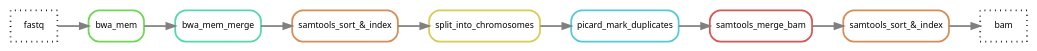
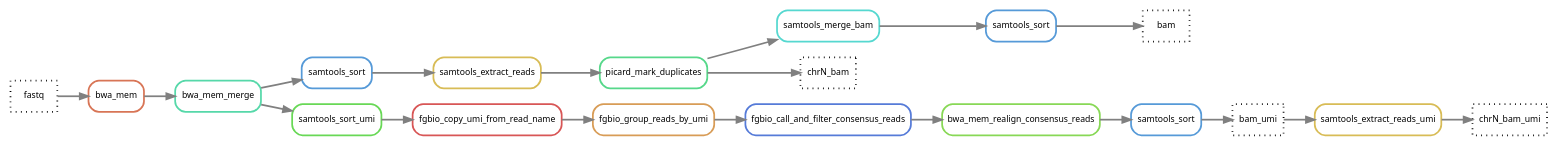
The diagram in docs/images/alignment.dna.dot (hydra-genetics/alignment), drawn with Graphviz before and after one commit. The commit also changed 2 other files, not shown here.

Commit message:
fix: fgbio should start from merge bam files instead of PicardMarkDup file

```diff
--- a/docs/images/alignment.dna.dot
+++ b/docs/images/alignment.dna.dot
@@ -1,23 +1,43 @@
 digraph snakemake_dag {
 	rankdir=LR;
     graph[bgcolor=white, margin=0];
     node[shape=box, style=rounded, fontname=sans,                 fontsize=10, penwidth=2];
     edge[penwidth=2, color=grey];
 	0[label = "fastq", color = "0.0 0.0 0.0", style="dotted"];
-	1[label = "samtools_sort_&_index", color = "0.07 0.6 0.85", style="rounded"];
-	11[label = "samtools_sort_&_index", color = "0.07 0.6 0.85", style="rounded"];
-	2[label = "samtools_merge_bam", color = "0.00 0.6 0.85", style="rounded"];
-	3[label = "picard_mark_duplicates", color = "0.52 0.6 0.85", style="rounded"];
-	4[label = "split_into_chromosomes", color = "0.15 0.6 0.85", style="rounded"];
+	40[label = "samtools_sort", color = "0.58 0.6 0.85", style="rounded"];
+	41[label = "samtools_sort", color = "0.58 0.6 0.85", style="rounded"];
+	42[label = "samtools_sort", color = "0.58 0.6 0.85", style="rounded"];
+	2[label = "samtools_merge_bam", color = "0.49 0.6 0.85", style="rounded"];
+	3[label = "picard_mark_duplicates", color = "0.40 0.6 0.85", style="rounded"];
+	4[label = "samtools_extract_reads", color = "0.13 0.6 0.85", style="rounded"];
+	51[label = "samtools_extract_reads_umi", color = "0.13 0.6 0.85", style="rounded"];
 	5[label = "bwa_mem_merge", color = "0.44 0.6 0.85", style="rounded"];
-	6[label = "bwa_mem", color = "0.30 0.6 0.85", style="rounded"];
+	6[label = "bwa_mem", color = "0.04 0.6 0.85", style="rounded"];
+	8[label = "bwa_mem_realign_consensus_reads", color = "0.27 0.6 0.85", style="rounded"];
+	9[label = "fgbio_call_and_filter_consensus_reads", color = "0.62 0.6 0.85", style="rounded"];
+	10[label = "fgbio_group_reads_by_umi", color = "0.09 0.6 0.85", style="rounded"];
+	11[label = "fgbio_copy_umi_from_read_name", color = "0.00 0.6 0.85", style="rounded"];
+	12[label = "samtools_sort_umi", color = "0.31 0.6 0.85", style="rounded"];
 	20[label = "bam", color = "0.0 0.0 0.0", style="dotted"];
+	21[label = "bam_umi", color = "0.0 0.0 0.0", style="dotted"];
+	30[label = "chrN_bam", color = "0.0 0.0 0.0", style="dotted"];
+	31[label = "chrN_bam_umi", color = "0.0 0.0 0.0", style="dotted"];
 	0 -> 6
-	2 -> 11
-	5 -> 1
+	40 -> 20
+	2 -> 40
+	8 -> 42
+	5 -> 41
 	3 -> 2
+	3 -> 30
 	4 -> 3
-	1 -> 4
 	6 -> 5
-	11 -> 20
+	41 -> 4
+	9 -> 8
+	10 -> 9
+	11 -> 10
+	12 -> 11
+	5 -> 12
+	42 -> 21
+	21 -> 51
+	51 -> 31
 }            
```
